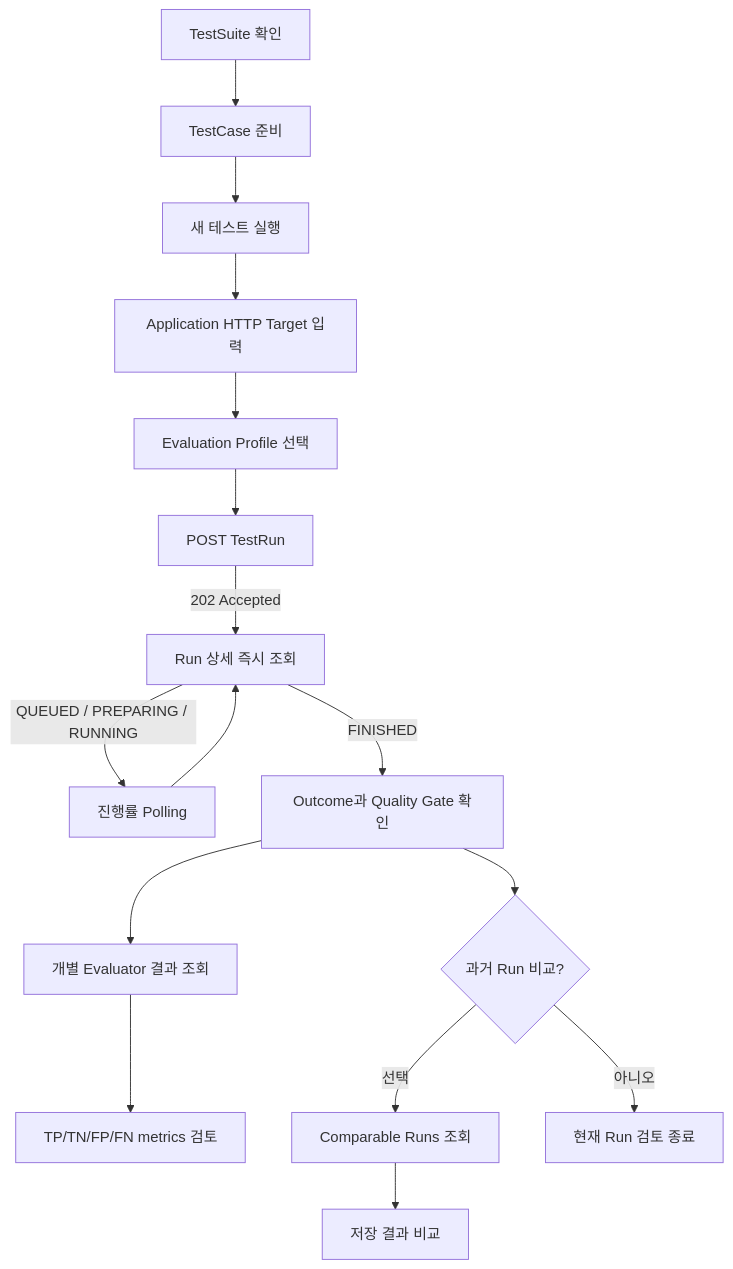
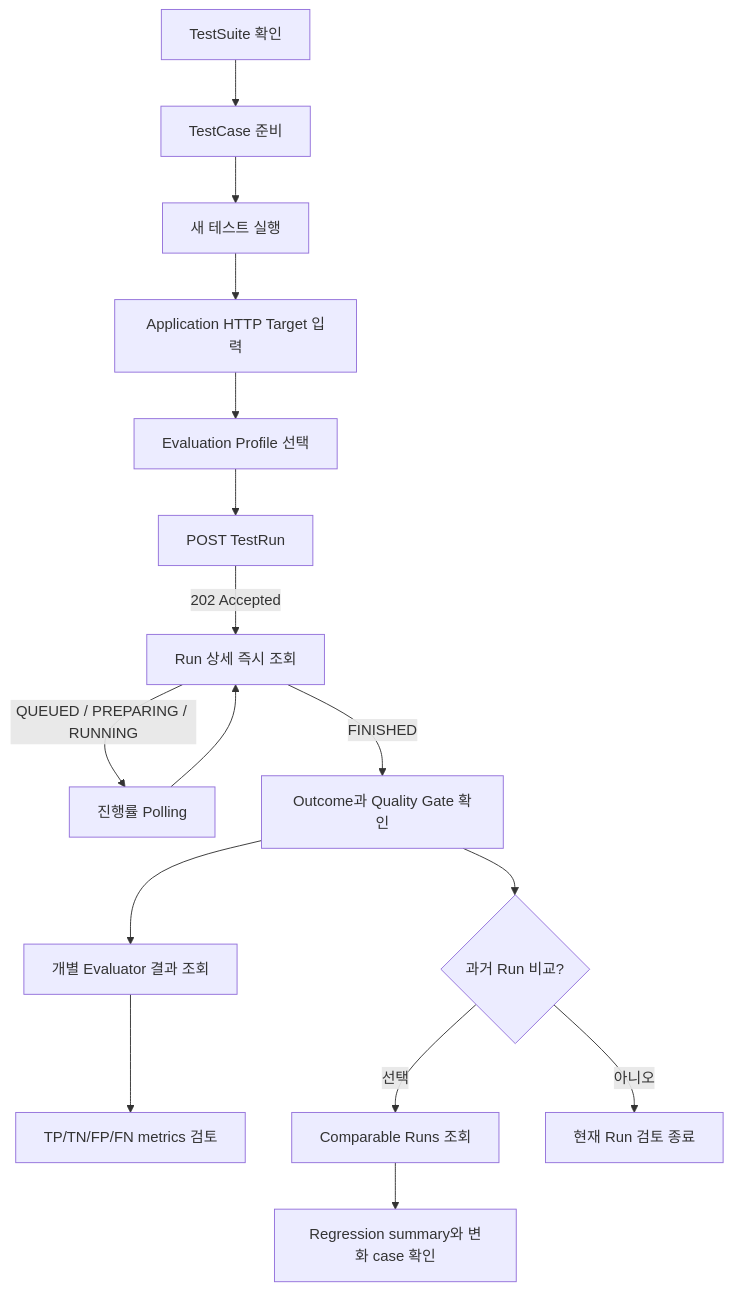
The first of 6 diagrams in docs/product/user-flows.md (GuardBench/guardbench-frontend), drawn with Mermaid before and after one commit. The commit also changed other lines of this file, not shown here.

Commit message:
docs: Regression 사용자 흐름을 실제 구현과 동기화

````diff
--- a/docs/product/user-flows.md
+++ b/docs/product/user-flows.md
@@ -26,18 +26,18 @@
 ```mermaid
 flowchart TD
     A[TestSuite 확인] --> B[TestCase 준비]
     B --> C[새 테스트 실행]
     C --> D[Application HTTP Target 입력]
     D --> E[Evaluation Profile 선택]
     E --> F[POST TestRun]
     F -->|202 Accepted| G[Run 상세 즉시 조회]
     G -->|QUEUED / PREPARING / RUNNING| H[진행률 Polling]
     H --> G
     G -->|FINISHED| I[Outcome과 Quality Gate 확인]
     I --> J[개별 Evaluator 결과 조회]
     J --> K[TP/TN/FP/FN metrics 검토]
     I --> L{과거 Run 비교?}
     L -->|선택| M[Comparable Runs 조회]
-    M --> N[저장 결과 비교]
+    M --> N[Regression summary와 변화 case 확인]
     L -->|아니오| O[현재 Run 검토 종료]
 ```
````
